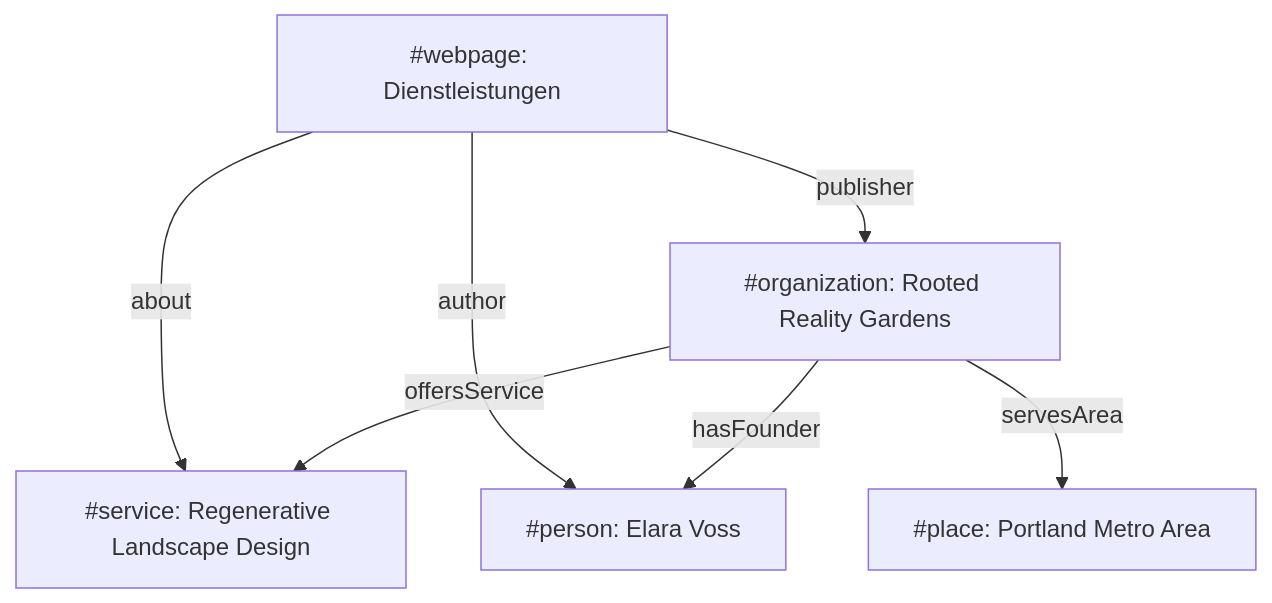
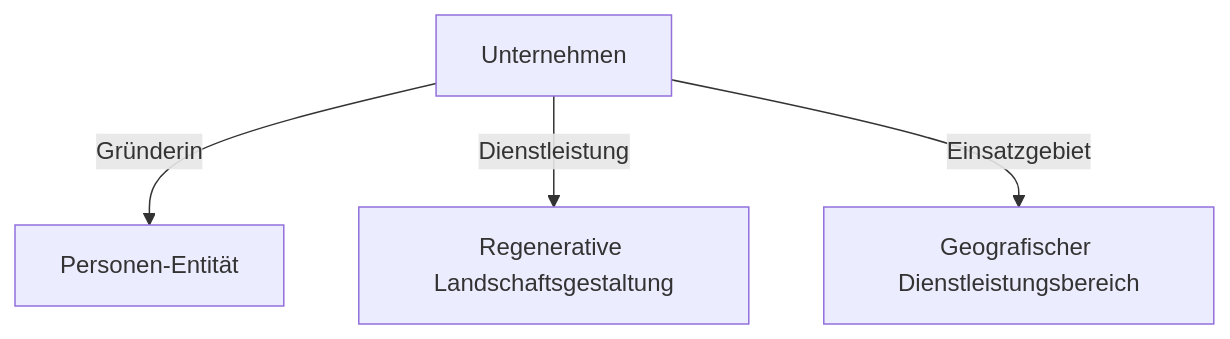
The diagram in src/content/projects/rootedrealitygarden.md (BGA360/bridgenta-portfolio), drawn with Mermaid before and after one commit. The commit also changed other lines of this file and 5 other files, not shown here.

````diff
--- a/src/content/projects/rootedrealitygarden.md
+++ b/src/content/projects/rootedrealitygarden.md
@@ -23,9 +56,6 @@
 ```mermaid
 graph TD
-    Organization[#organization: Rooted Reality Gardens] -->|hasFounder| Person[#person: Elara Voss]
-    Organization -->|offersService| Service[#service: Regenerative Landscape Design]
-    Organization -->|servesArea| Place[#place: Portland Metro Area]
-    WebPage[#webpage: Dienstleistungen] -->|about| Service
-    WebPage -->|publisher| Organization
-    WebPage -->|author| Person
+    Organization[Unternehmen] -->|Gründerin| Person[Personen-Entität]
+    Organization -->|Dienstleistung| Service[Regenerative Landschaftsgestaltung]
+    Organization -->|Einsatzgebiet| Place[Geografischer Dienstleistungsbereich]
 ```
````
